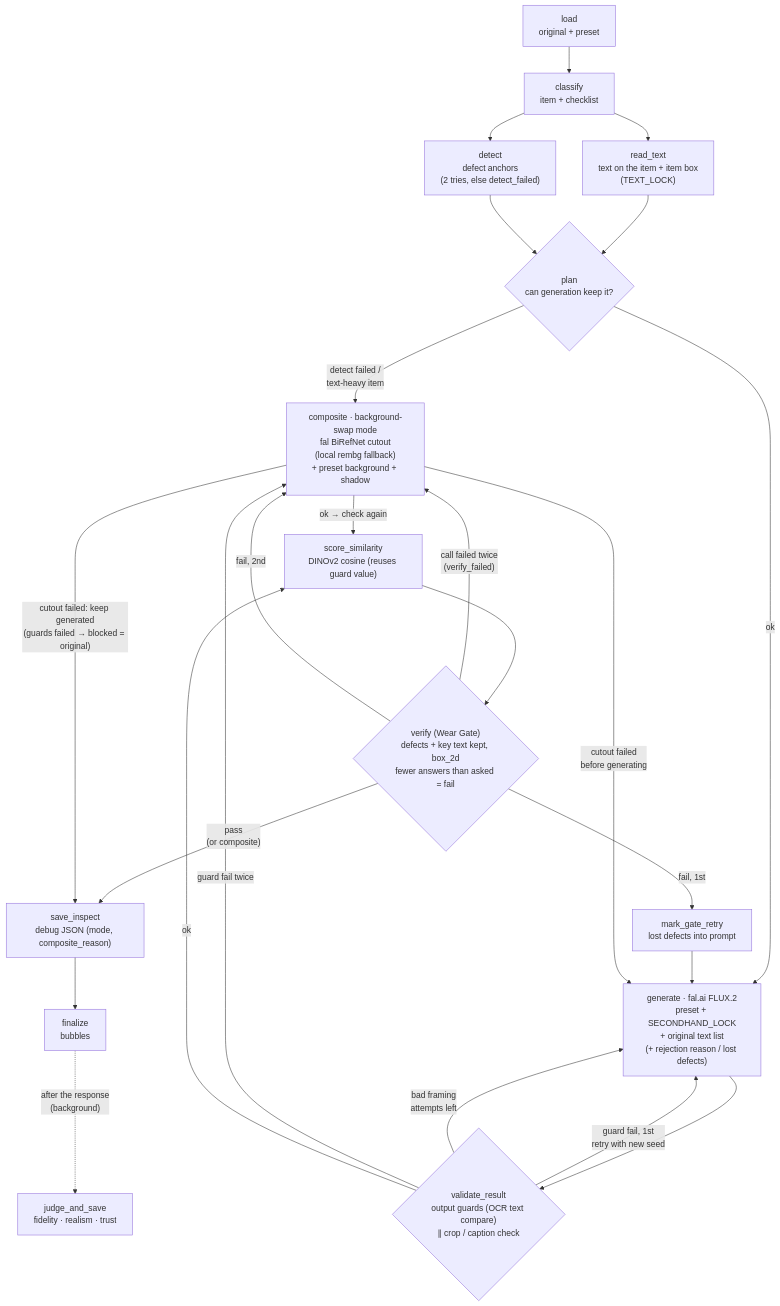
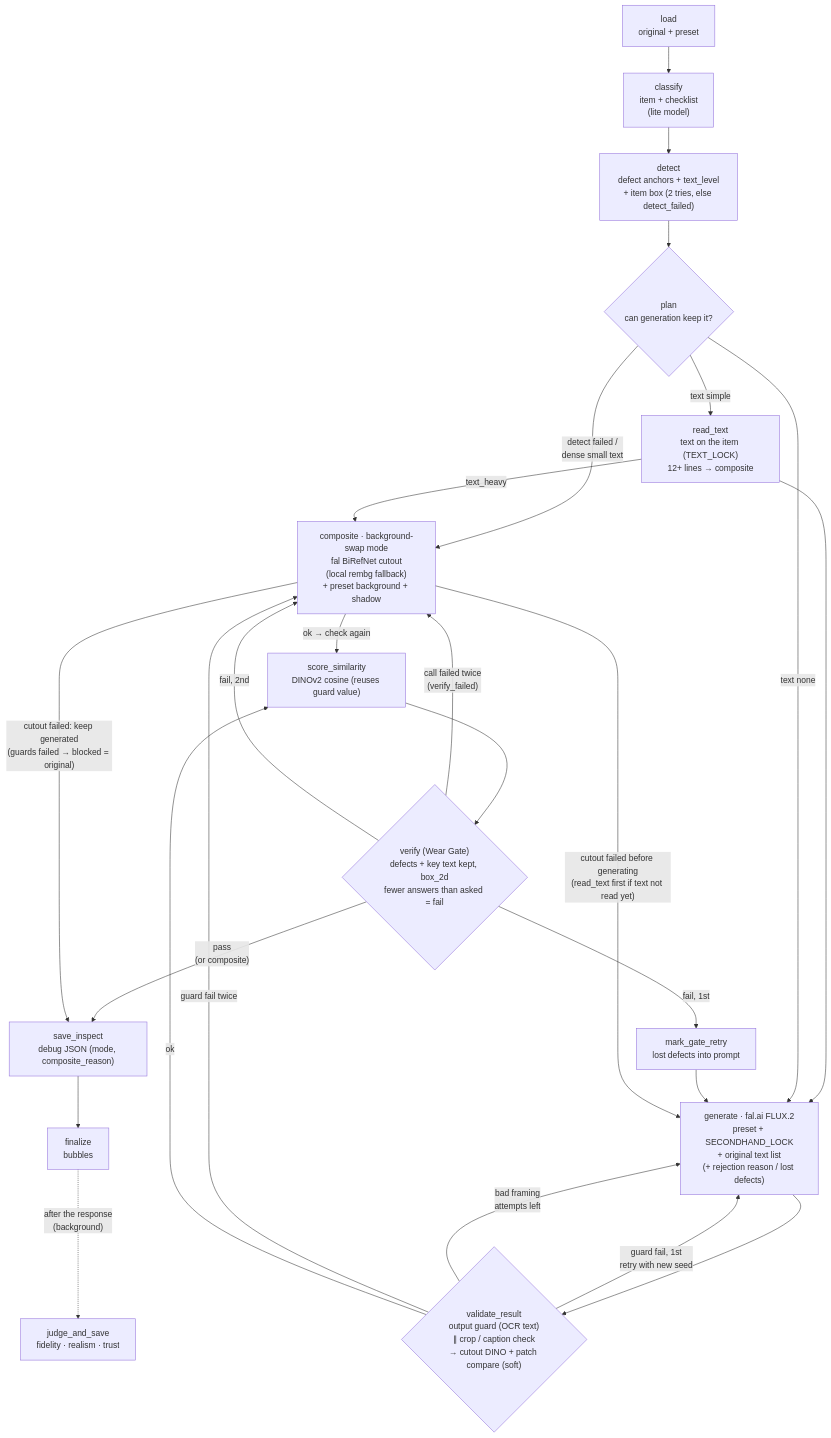
The diagram in Readme.md (cha0620/Carret-App), drawn with Mermaid before and after one commit. The commit also changed other lines of this file and 39 other files, not shown here.

First line of the commit message:
feat: 상품 DINO 가드 + VLM 비용 제어 + text_level 분기 + 기본 모델 3.8-flash

````diff
--- a/Readme.md
+++ b/Readme.md
@@ -32,26 +32,27 @@
 ```mermaid
 flowchart TD
-  L["load<br/>original + preset"] --> C["classify<br/>item + checklist"]
-  C --> T["read_text<br/>text on the item + item box<br/>(TEXT_LOCK)"]
-  C --> D["detect<br/>defect anchors<br/>(2 tries, else detect_failed)"]
-  T --> P{"plan<br/>can generation keep it?"}
-  D --> P
-  P -->|"detect failed /<br/>text-heavy item"| X
-  P -->|ok| G["generate · fal.ai FLUX.2<br/>preset + SECONDHAND_LOCK<br/>+ original text list<br/>(+ rejection reason / lost defects)"]
-  G --> V{"validate_result<br/>output guards (OCR text compare)<br/>∥ crop / caption check"}
+  L["load<br/>original + preset"] --> C["classify<br/>item + checklist<br/>(lite model)"]
+  C --> D["detect<br/>defect anchors + text_level<br/>+ item box (2 tries, else detect_failed)"]
+  D --> P{"plan<br/>can generation keep it?"}
+  P -->|"detect failed /<br/>dense small text"| X
+  P -->|"text simple"| T["read_text<br/>text on the item (TEXT_LOCK)<br/>12+ lines → composite"]
+  T --> G
+  T -->|text_heavy| X
+  P -->|"text none"| G["generate · fal.ai FLUX.2<br/>preset + SECONDHAND_LOCK<br/>+ original text list<br/>(+ rejection reason / lost defects)"]
+  G --> V{"validate_result<br/>output guard (OCR text)<br/>∥ crop / caption check<br/>→ cutout DINO + patch compare (soft)"}
   V -->|"guard fail, 1st<br/>retry with new seed"| G
   V -->|"bad framing<br/>attempts left"| G
   V -->|"guard fail twice"| X
   V -->|ok| S["score_similarity<br/>DINOv2 cosine (reuses guard value)"]
   S --> VR{"verify (Wear Gate)<br/>defects + key text kept, box_2d<br/>fewer answers than asked = fail"}
   VR -->|"pass<br/>(or composite)"| I
   VR -->|"fail, 1st"| R["mark_gate_retry<br/>lost defects into prompt"]
   R --> G
   VR -->|"call failed twice<br/>(verify_failed)"| X
   VR -->|"fail, 2nd"| X["composite · background-swap mode<br/>fal BiRefNet cutout<br/>(local rembg fallback)<br/>+ preset background + shadow"]
   X -->|"ok → check again"| S
-  X -->|"cutout failed<br/>before generating"| G
+  X -->|"cutout failed before generating<br/>(read_text first if text not read yet)"| G
   X -->|"cutout failed: keep generated<br/>(guards failed → blocked = original)"| I
   I["save_inspect<br/>debug JSON (mode, composite_reason)"] --> F["finalize<br/>bubbles"]
   F -.->|"after the response<br/>(background)"| J["judge_and_save<br/>fidelity · realism · trust"]
 ```
````
